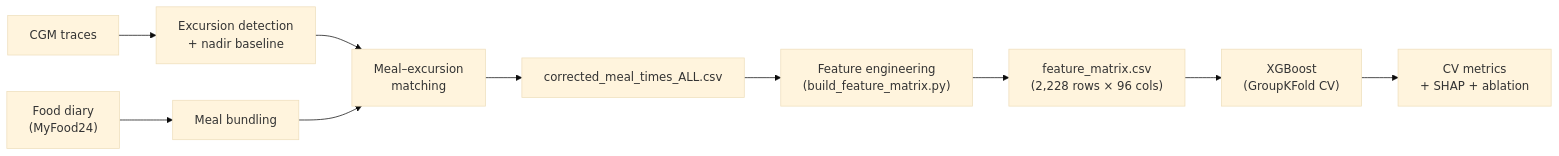
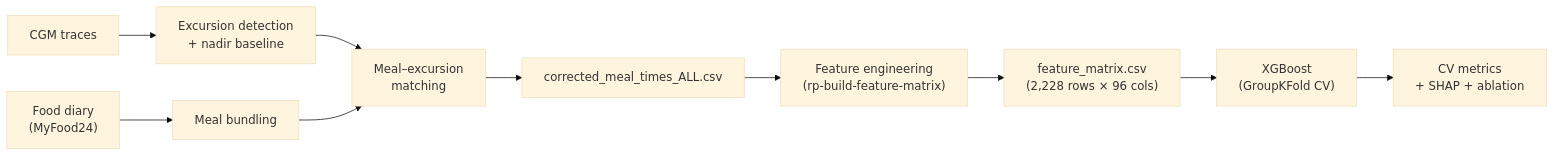
Before and after one commit to jmsorando/BS-Research-Project-Personalized-Glucose-Prediction: the diagram in README.md, drawn with Mermaid (base theme). The commit also changed other lines of this file and 27 other files, not shown here.

````diff
--- a/README.md
+++ b/README.md
@@ -27,12 +27,12 @@
 ```mermaid
 flowchart LR
     A["CGM traces"] --> B["Excursion detection\n+ nadir baseline"]
     C["Food diary\n(MyFood24)"] --> D["Meal bundling"]
     B --> E["Meal–excursion\nmatching"]
     D --> E
     E --> F["corrected_meal_times_ALL.csv"]
-    F --> G["Feature engineering\n(build_feature_matrix.py)"]
+    F --> G["Feature engineering\n(rp-build-feature-matrix)"]
     G --> H["feature_matrix.csv\n(2,228 rows × 96 cols)"]
     H --> I["XGBoost\n(GroupKFold CV)"]
     I --> J["CV metrics\n+ SHAP + ablation"]
 ```
````
